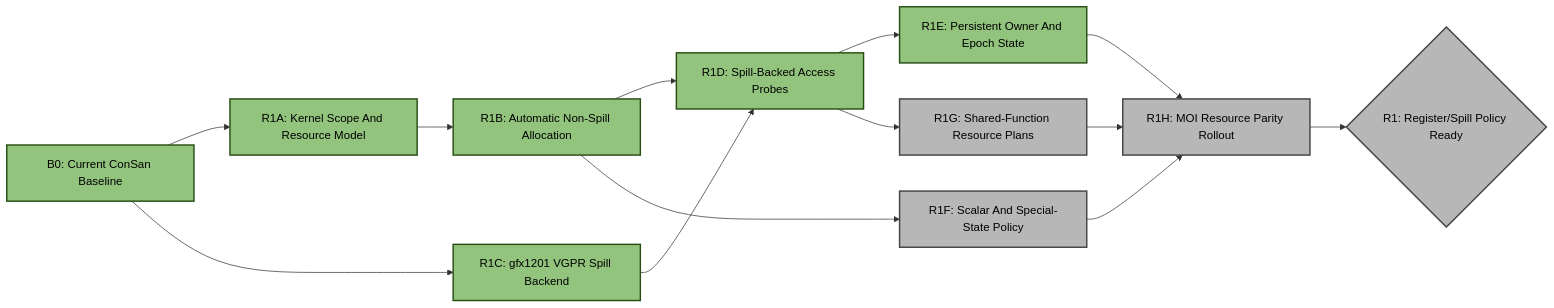
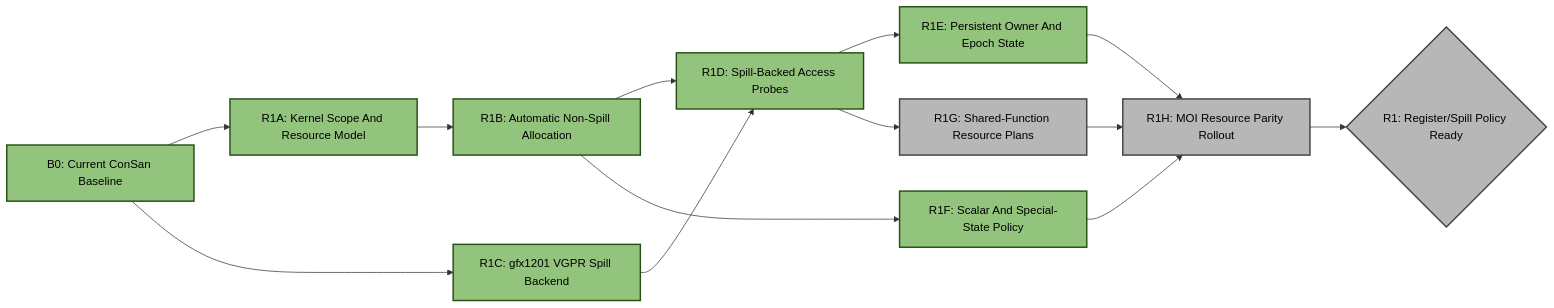
The first of 4 diagrams in emulation/rocjitsu/docs/consan/PLAN.md (ROCm/rocm-systems), drawn with Mermaid before and after one commit. The commit also changed other lines of this file and 11 other files, not shown here.

Commit message:
Automate MOI scalar special state

````diff
--- a/emulation/rocjitsu/docs/consan/PLAN.md
+++ b/emulation/rocjitsu/docs/consan/PLAN.md
@@ -85,30 +85,30 @@
 ```mermaid
 flowchart LR
   B0["B0: Current ConSan Baseline"]:::done
   R1A["R1A: Kernel Scope And Resource Model"]:::done
   R1B["R1B: Automatic Non-Spill Allocation"]:::done
   R1C["R1C: gfx1201 VGPR Spill Backend"]:::done
   R1D["R1D: Spill-Backed Access Probes"]:::done
   R1E["R1E: Persistent Owner And Epoch State"]:::done
-  R1F["R1F: Scalar And Special-State Policy"]:::todo
+  R1F["R1F: Scalar And Special-State Policy"]:::done
   R1G["R1G: Shared-Function Resource Plans"]:::todo
   R1H["R1H: MOI Resource Parity Rollout"]:::todo
   R1{"R1: Register/Spill Policy Ready"}:::todo
 
   B0 --> R1A
   B0 --> R1C
   R1A --> R1B
   R1B --> R1D
   R1C --> R1D
   R1B --> R1F
   R1D --> R1E
   R1D --> R1G
   R1E --> R1H
   R1F --> R1H
   R1G --> R1H
   R1H --> R1
 
   classDef done fill:#93c47d,stroke:#274e13,stroke-width:2px,color:#000;
   classDef active fill:#ffd966,stroke:#7f6000,stroke-width:2px,color:#000;
   classDef todo fill:#b7b7b7,stroke:#434343,stroke-width:2px,color:#000;
 ```
````
